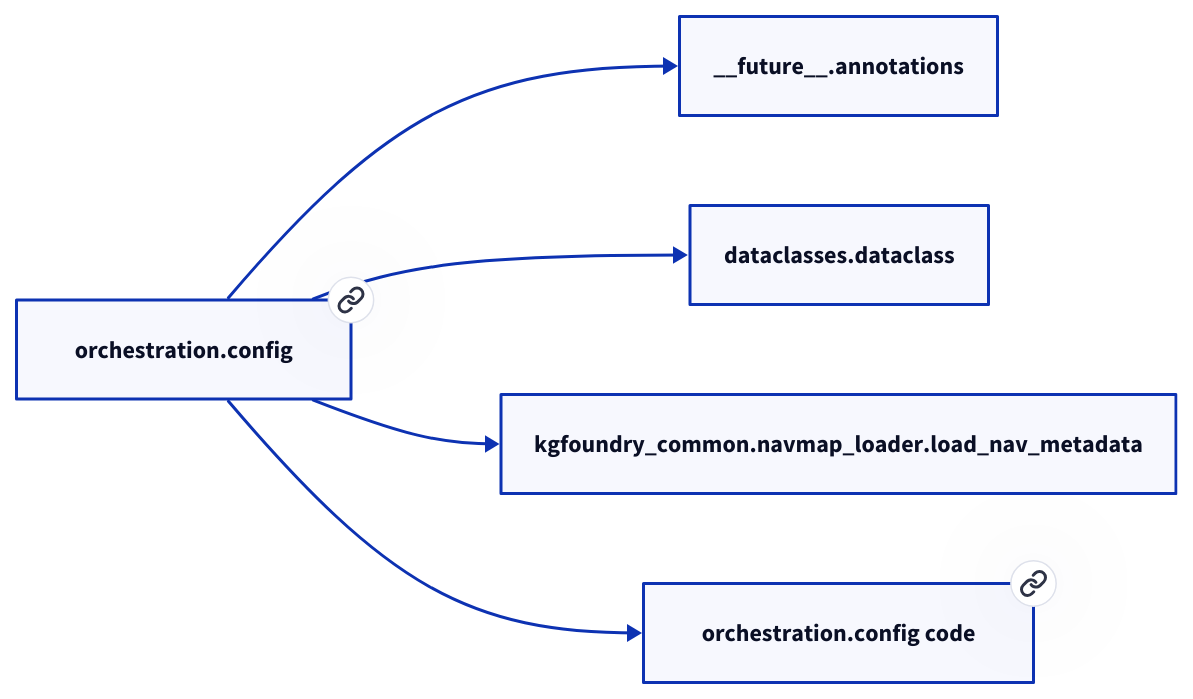
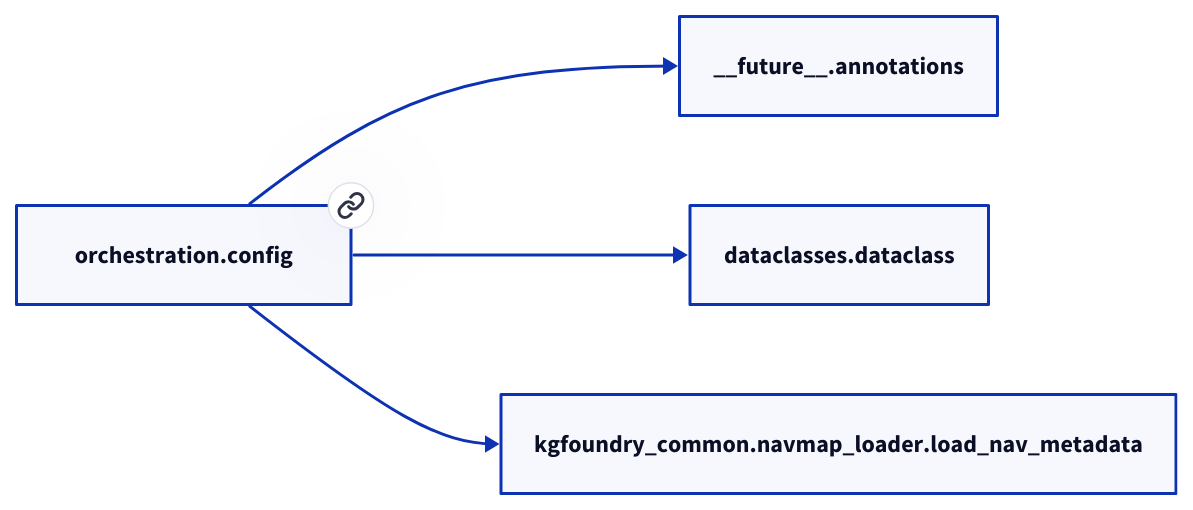
The second of 2 diagrams in docs/modules/orchestration/config.md (paul-heyse/kgforge), drawn with D2 before and after one commit. The commit also changed other lines of this file and 118 other files, not shown here.

````diff
--- a/docs/modules/orchestration/config.md
+++ b/docs/modules/orchestration/config.md
@@ -42,12 +40,10 @@
 ```d2
 direction: right
-"orchestration.config": "orchestration.config" { link: "./orchestration/config.md" }
+"orchestration.config": "orchestration.config" { link: "config.md" }
 "__future__.annotations": "__future__.annotations"
 "orchestration.config" -> "__future__.annotations"
 "dataclasses.dataclass": "dataclasses.dataclass"
 "orchestration.config" -> "dataclasses.dataclass"
 "kgfoundry_common.navmap_loader.load_nav_metadata": "kgfoundry_common.navmap_loader.load_nav_metadata"
 "orchestration.config" -> "kgfoundry_common.navmap_loader.load_nav_metadata"
-"orchestration.config_code": "orchestration.config code" { link: "https://github.com/kgfoundry/kgfoundry/blob/main/src/orchestration/config.py" }
-"orchestration.config" -> "orchestration.config_code" { style: dashed }
 ```
````
